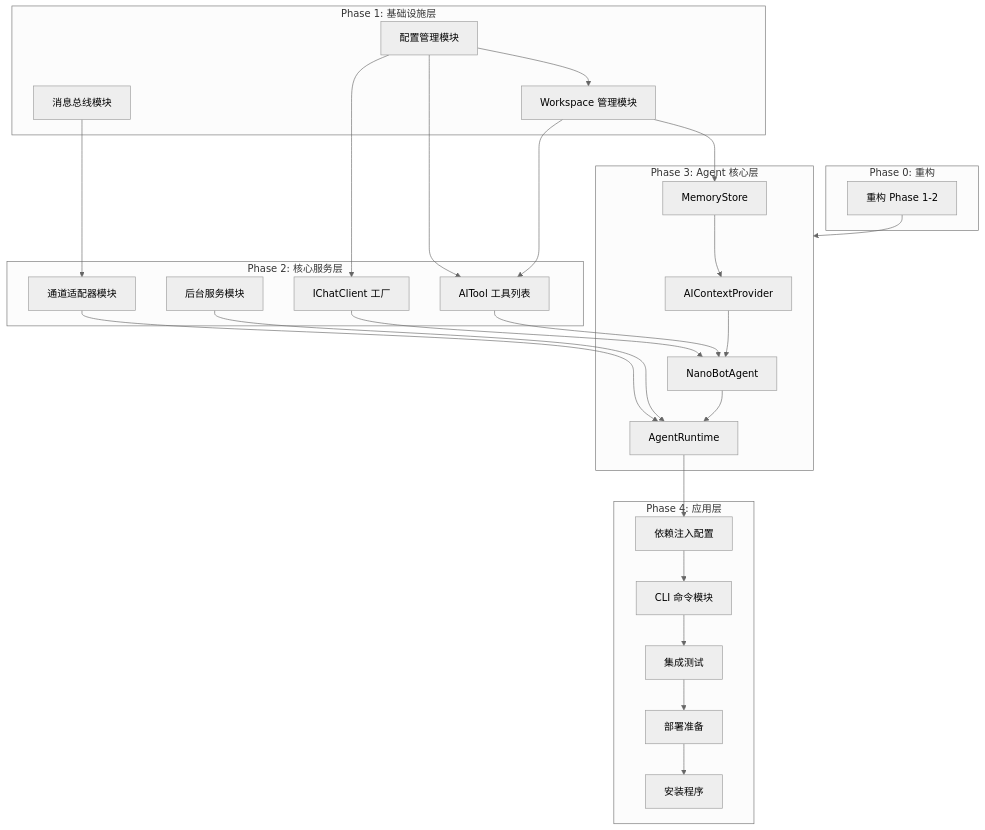
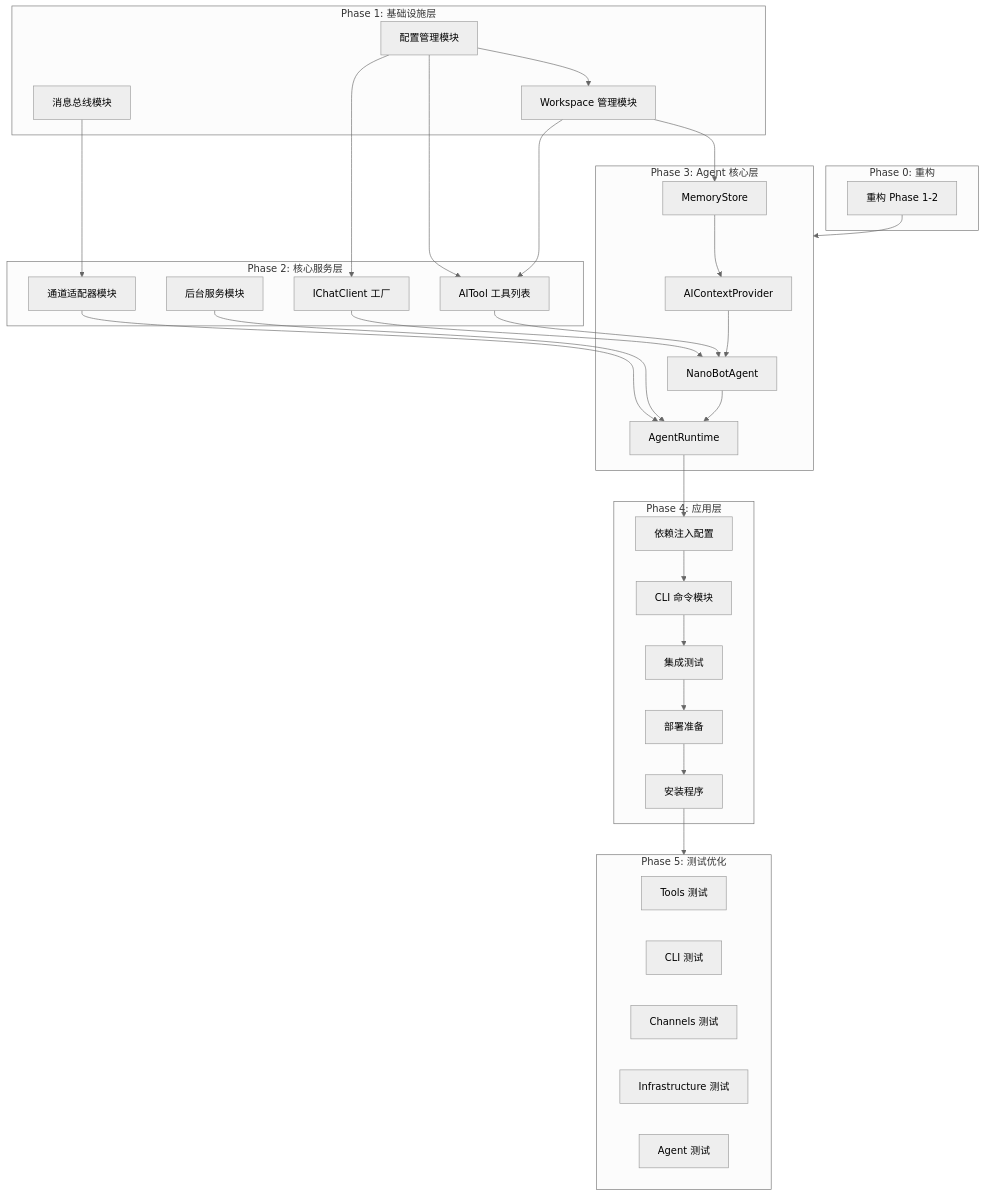
One commit to mbzcnet/NanoBot.Net changed the second of 2 diagrams in doc.ai/plans/Index.md. Above: the diagram before and after it, drawn with Mermaid (neutral theme). The commit also changed other lines of this file and 15 other files, not shown here.

````diff
--- a/doc.ai/plans/Index.md
+++ b/doc.ai/plans/Index.md
@@ -140,54 +163,63 @@
 ```mermaid
 graph TB
     subgraph Phase0[Phase 0: 重构]
         Refactor[重构 Phase 1-2]
     end
 
     subgraph Phase1[Phase 1: 基础设施层]
         Config[配置管理模块]
         Workspace[Workspace 管理模块]
         Bus[消息总线模块]
     end
 
     subgraph Phase2[Phase 2: 核心服务层]
         ChatClient[IChatClient 工厂]
         Tools[AITool 工具列表]
         Channels[通道适配器模块]
         Services[后台服务模块]
     end
 
     subgraph Phase3[Phase 3: Agent 核心层]
         ContextProviders[AIContextProvider]
         Memory[MemoryStore]
         NanoBotAgent[NanoBotAgent]
         Runtime[AgentRuntime]
     end
 
     subgraph Phase4[Phase 4: 应用层]
         DI[依赖注入配置]
         CLI[CLI 命令模块]
         Tests[集成测试]
         Deploy[部署准备]
         Install[安装程序]
     end
 
+    subgraph Phase5[Phase 5: 测试优化]
+        ToolTests[Tools 测试]
+        CliTests[CLI 测试]
+        ChannelTests[Channels 测试]
+        InfraTests[Infrastructure 测试]
+        AgentTests[Agent 测试]
+    end
+
     Refactor --> Phase3
     Config --> Workspace
     Config --> ChatClient
     Config --> Tools
     Workspace --> Memory
     Workspace --> Tools
     Bus --> Channels
     ChatClient --> NanoBotAgent
     Tools --> NanoBotAgent
     Channels --> Runtime
     Services --> Runtime
     ContextProviders --> NanoBotAgent
     Memory --> ContextProviders
     NanoBotAgent --> Runtime
     Runtime --> DI
     DI --> CLI
     CLI --> Tests
     Tests --> Deploy
     Deploy --> Install
+    Install --> Phase5
 ```
````
